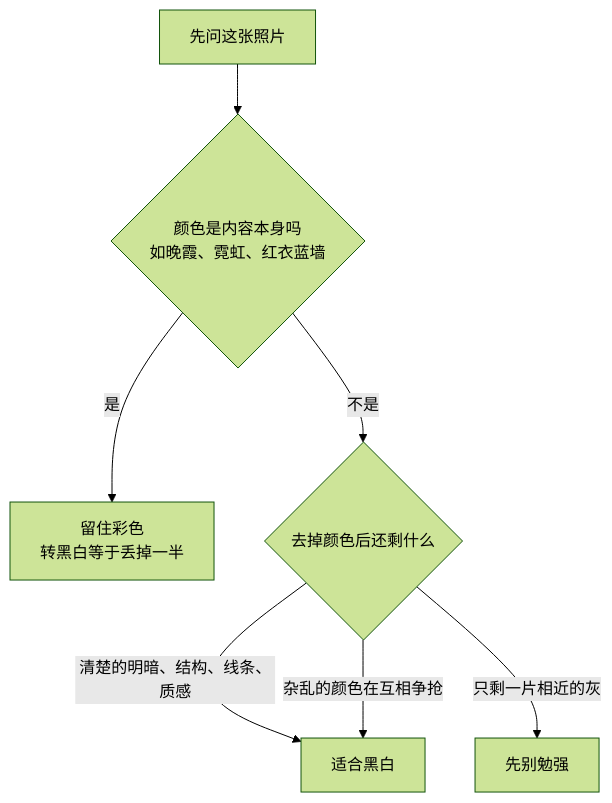
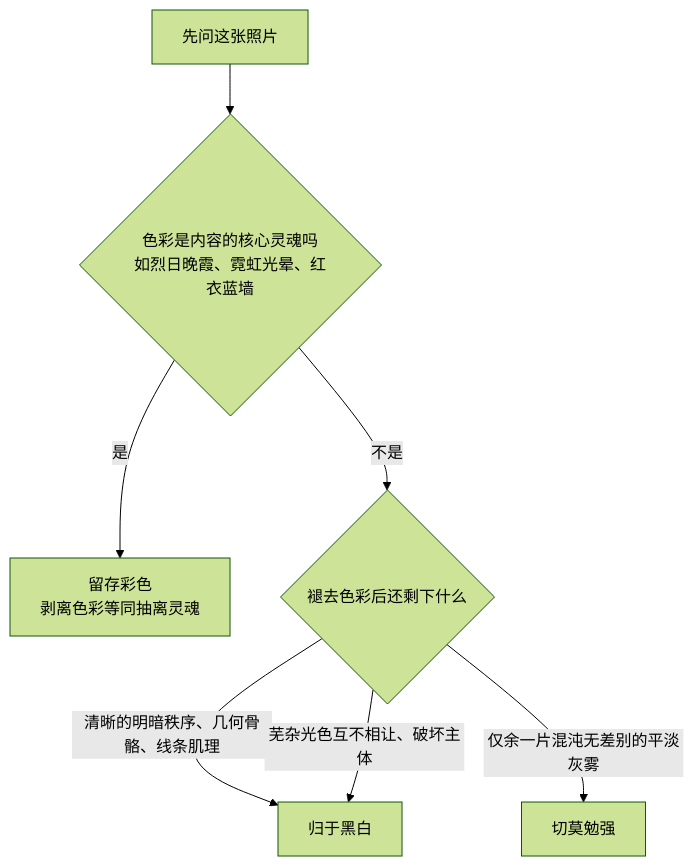
One commit to yingwang/photography-book changed the diagram in docs/12-bw.md. Above: the diagram before and after it, drawn with Mermaid (forest theme). The commit also changed other lines of this file, not shown here.

````diff
--- a/docs/12-bw.md
+++ b/docs/12-bw.md
@@ -31,9 +35,9 @@
 ```mermaid
 graph TD
-    A["先问这张照片"] --> B{"颜色是内容本身吗<br/>如晚霞、霓虹、红衣蓝墙"}
-    B -->|"是"| C["留住彩色<br/>转黑白等于丢掉一半"]
-    B -->|"不是"| D{"去掉颜色后还剩什么"}
-    D -->|"清楚的明暗、结构、线条、质感"| E["适合黑白"]
-    D -->|"杂乱的颜色在互相争抢"| E
-    D -->|"只剩一片相近的灰"| F["先别勉强"]
+    A["先问这张照片"] --> B{"色彩是内容的核心灵魂吗<br/>如烈日晚霞、霓虹光晕、红衣蓝墙"}
+    B -->|"是"| C["留存彩色<br/>剥离色彩等同抽离灵魂"]
+    B -->|"不是"| D{"褪去色彩后还剩下什么"}
+    D -->|"清晰的明暗秩序、几何骨骼、线条肌理"| E["归于黑白"]
+    D -->|"芜杂光色互不相让、破坏主体"| E
+    D -->|"仅余一片混沌无差别的平淡灰雾"| F["切莫勉强"]
 ```
````
